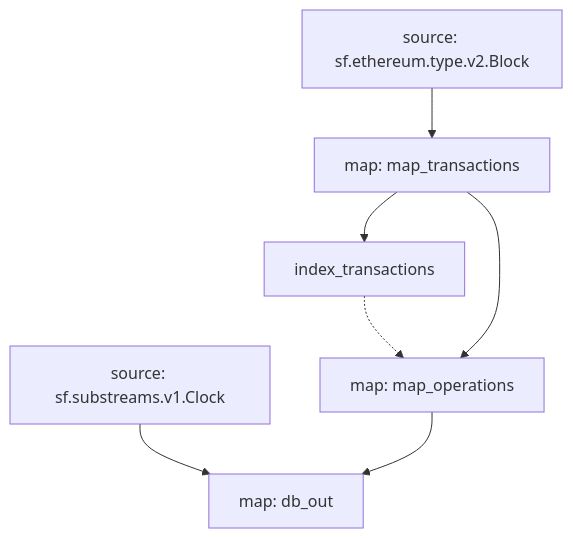
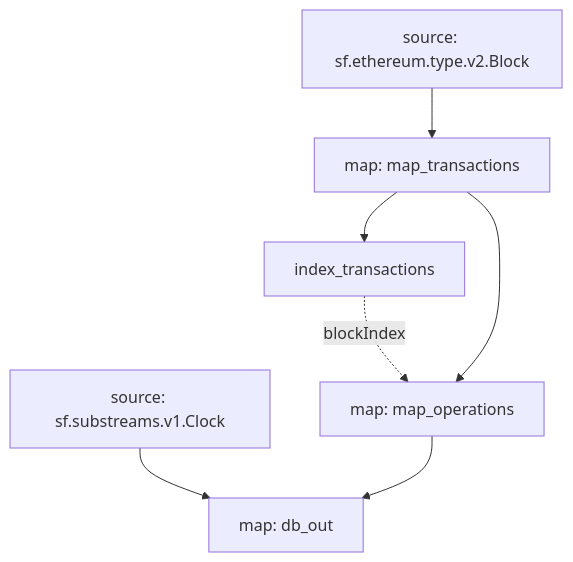
One commit to pinax-network/substreams-inscriptions changed the diagram in README.md. Above: the diagram before and after it, drawn with Mermaid.

Commit message:
add block index

````diff
--- a/README.md
+++ b/README.md
@@ -25,12 +25,12 @@
 ```mermaid
 graph TD;
   map_transactions --> index_transactions;
-  index_transactions -.-> map_operations;
+  index_transactions -.-> |blockIndex| map_operations;
   map_transactions[map: map_transactions];
   sf.ethereum.type.v2.Block[source: sf.ethereum.type.v2.Block] --> map_transactions;
   map_operations[map: map_operations];
   map_transactions --> map_operations;
   db_out[map: db_out];
   sf.substreams.v1.Clock[source: sf.substreams.v1.Clock] --> db_out;
   map_operations --> db_out;
 ```
````
